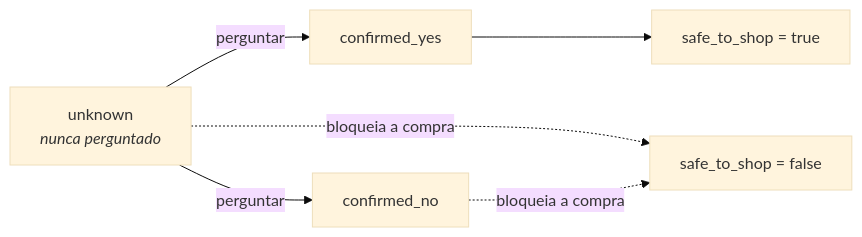
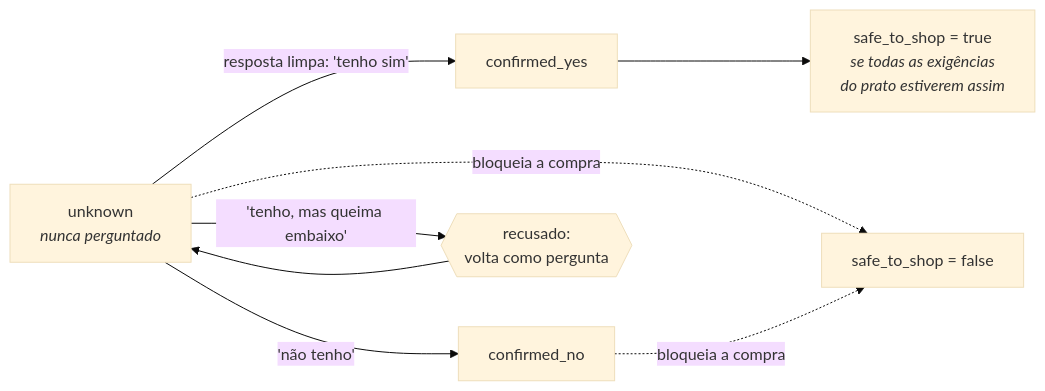
One commit to lrdsouza/jacquinho changed the seventh of 8 diagrams in README.md. Above: the diagram before and after it, drawn with Mermaid (base theme). The commit also changed other lines of this file and 10 other files, not shown here.

````diff
--- a/README.md
+++ b/README.md
@@ -555,8 +641,10 @@
 ```mermaid
 flowchart LR
-    U["unknown<br/><i>nunca perguntado</i>"] -->|perguntar| Y["confirmed_yes"]
-    U -->|perguntar| N["confirmed_no"]
+    U["unknown<br/><i>nunca perguntado</i>"] -->|"resposta limpa: 'tenho sim'"| Y["confirmed_yes"]
+    U -->|"'não tenho'"| N["confirmed_no"]
     U -.->|bloqueia a compra| B["safe_to_shop = false"]
     N -.->|bloqueia a compra| B
-    Y --> OK["safe_to_shop = true"]
+    Y --> OK["safe_to_shop = true<br/><i>se todas as exigências<br/>do prato estiverem assim</i>"]
+    U -->|"'tenho, mas queima embaixo'"| H{{"recusado:<br/>volta como pergunta"}}
+    H --> U
 ```
````
